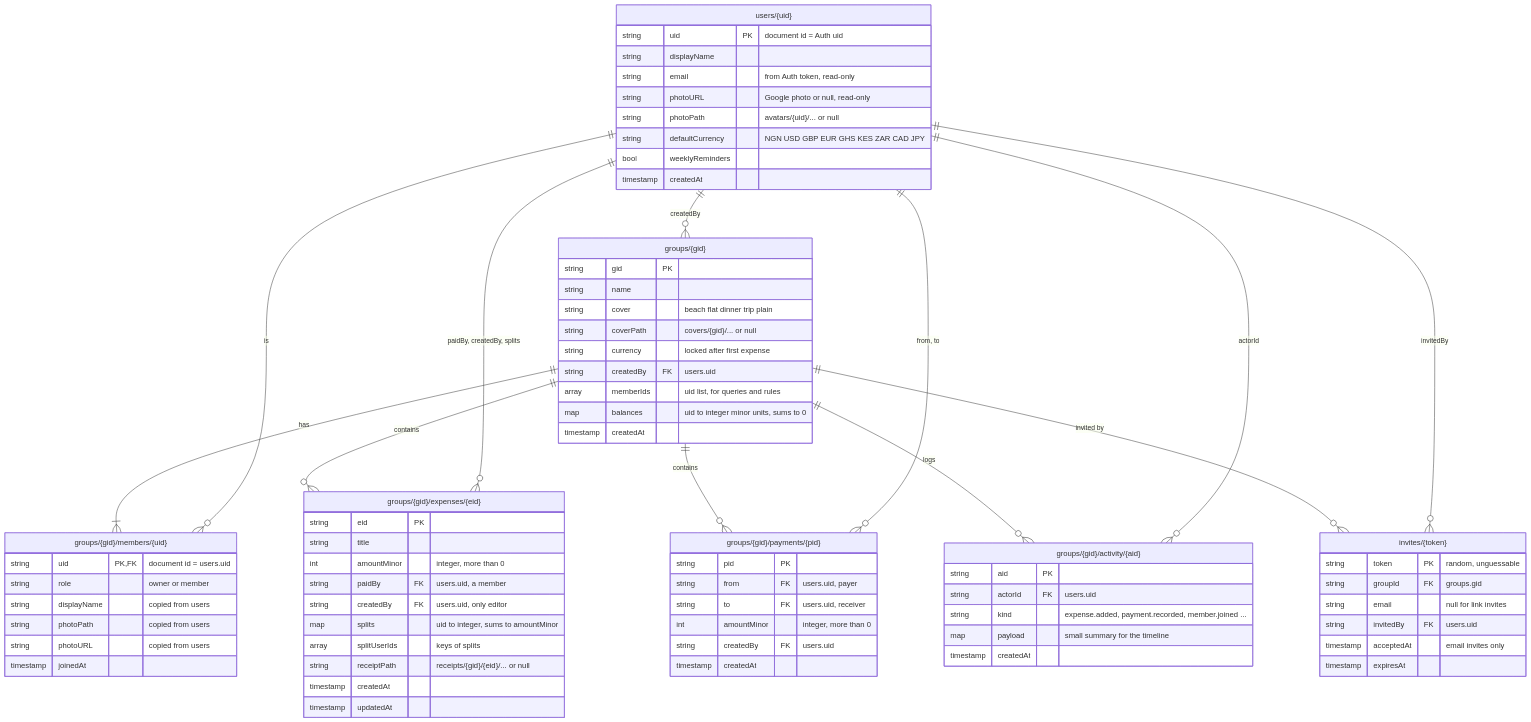
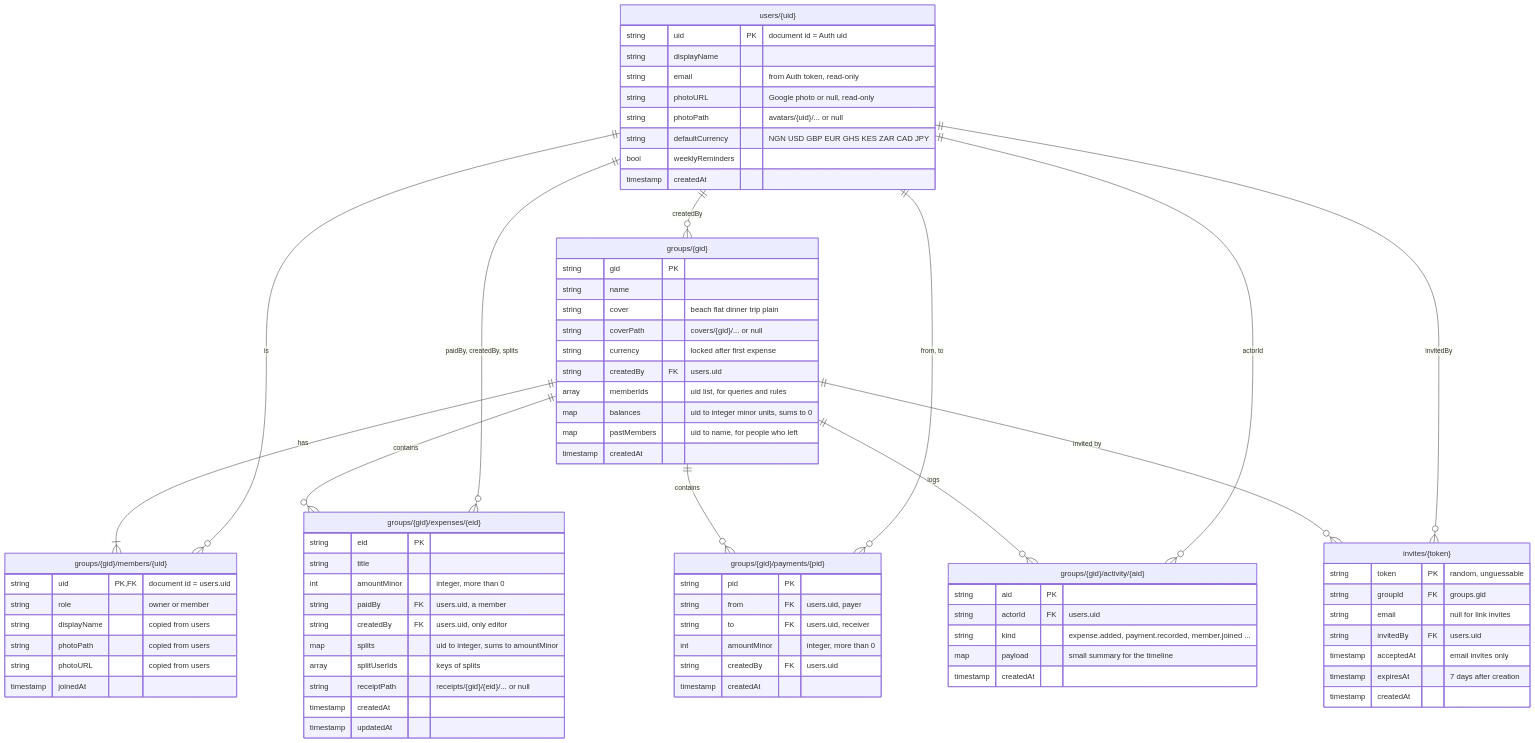
One commit to Ishurrla/SplitIt changed the diagram in docs/data-model.md. Above: the diagram before and after it, drawn with Mermaid. The commit also changed other lines of this file and 44 other files, not shown here.

First line of the commit message:
feat: groups, invites and join flow

```diff
--- a/docs/data-model.md
+++ b/docs/data-model.md
@@ -32,6 +32,7 @@
     string createdBy FK "users.uid"
     array memberIds "uid list, for queries and rules"
     map balances "uid to integer minor units, sums to 0"
+    map pastMembers "uid to name, for people who left"
     timestamp createdAt
   }
 
@@ -80,7 +81,8 @@
     string email "null for link invites"
     string invitedBy FK "users.uid"
     timestamp acceptedAt "email invites only"
-    timestamp expiresAt
+    timestamp expiresAt "7 days after creation"
+    timestamp createdAt
   }
 
   groups ||--|{ members : "has"
```
